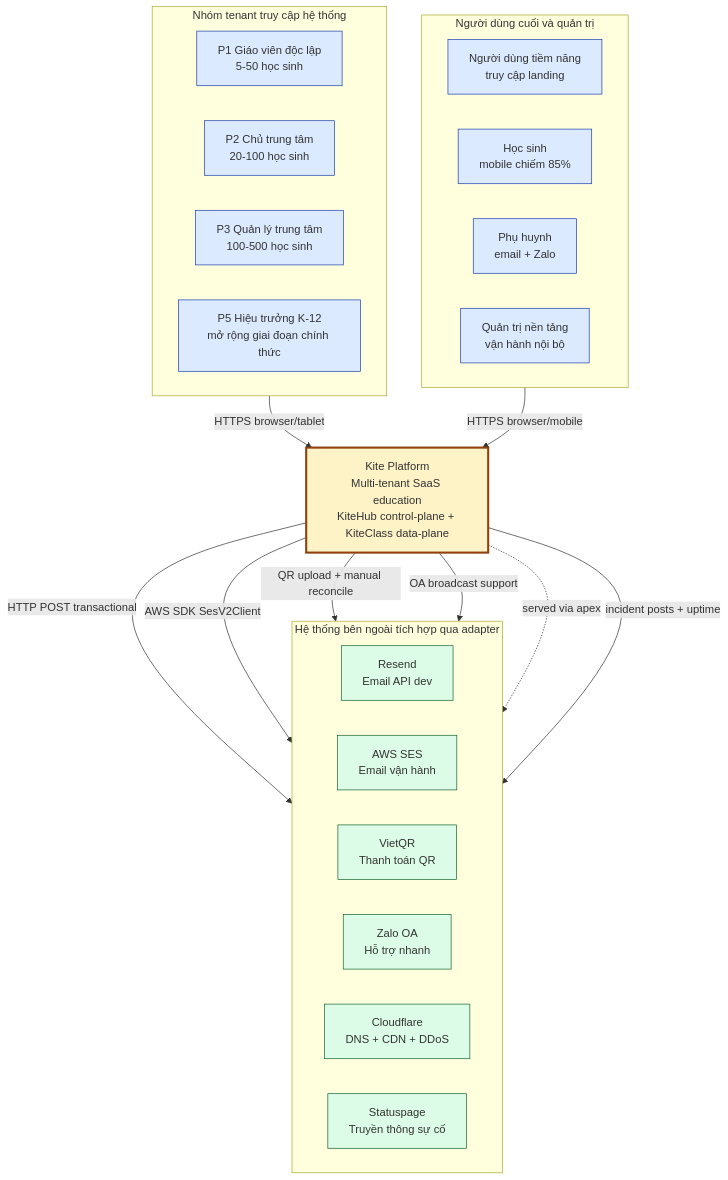
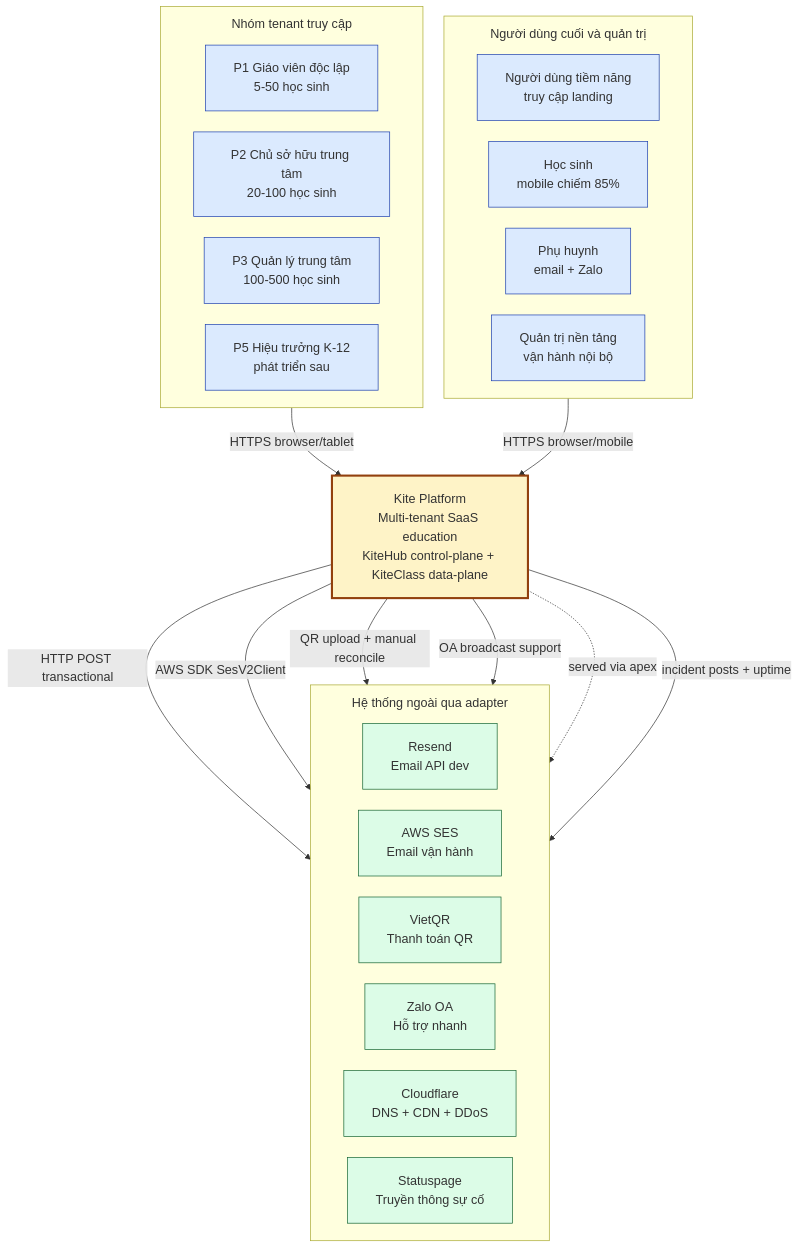
One commit to VictorAurelius/2026-Kite-Class-Platform changed the first of 14 diagrams in documents/08-thesis/chapter-2-system-architecture.md. Above: the diagram before and after it, drawn with Mermaid. The commit also changed other lines of this file and 157 other files, not shown here.

````diff
--- a/documents/08-thesis/chapter-2-system-architecture.md
+++ b/documents/08-thesis/chapter-2-system-architecture.md
@@ -195,47 +198,48 @@
 ```mermaid
+%%{init: {"flowchart": {"htmlLabels": true, "nodeSpacing": 30, "rankSpacing": 70, "padding": 20, "subGraphTitleMargin": {"top": 12, "bottom": 18}}, "themeVariables": {"fontSize": "18px"}}}%%
 flowchart TB
-    subgraph tenants [Nhóm tenant truy cập hệ thống]
+    subgraph tenants [Nhóm tenant truy cập]
         direction LR
         P1[P1 Giáo viên độc lập<br/>5-50 học sinh]
-        P2[P2 Chủ trung tâm<br/>20-100 học sinh]
+        P2[P2 Chủ sở hữu trung tâm<br/>20-100 học sinh]
         P3[P3 Quản lý trung tâm<br/>100-500 học sinh]
-        P5[P5 Hiệu trưởng K-12<br/>mở rộng giai đoạn chính thức]
+        P5[P5 Hiệu trưởng K-12<br/>phát triển sau]
     end
 
     subgraph endusers [Người dùng cuối và quản trị]
         direction LR
         Vy[Người dùng tiềm năng<br/>truy cập landing]
         Student[Học sinh<br/>mobile chiếm 85%]
         Parent[Phụ huynh<br/>email + Zalo]
         Admin[Quản trị nền tảng<br/>vận hành nội bộ]
     end
 
     Kite[Kite Platform<br/>Multi-tenant SaaS education<br/>KiteHub control-plane + KiteClass data-plane]
 
-    subgraph ext [Hệ thống bên ngoài tích hợp qua adapter]
+    subgraph ext [Hệ thống ngoài qua adapter]
         direction LR
         Resend[Resend<br/>Email API dev]
         SES[AWS SES<br/>Email vận hành]
         VietQR[VietQR<br/>Thanh toán QR]
         Zalo[Zalo OA<br/>Hỗ trợ nhanh]
         CF[Cloudflare<br/>DNS + CDN + DDoS]
         Status[Statuspage<br/>Truyền thông sự cố]
     end
 
     tenants -->|HTTPS browser/tablet| Kite
     endusers -->|HTTPS browser/mobile| Kite
 
     Kite -->|HTTP POST transactional| Resend
     Kite -->|AWS SDK SesV2Client| SES
     Kite -->|QR upload + manual reconcile| VietQR
     Kite -->|OA broadcast support| Zalo
     Kite -.->|served via apex| CF
     Kite -->|incident posts + uptime| Status
 
     classDef actor fill:#dbeafe,stroke:#1e40af
     classDef system fill:#fef3c7,stroke:#92400e,stroke-width:3px
     classDef external fill:#dcfce7,stroke:#166534
     class P1,P2,P3,P5,Vy,Admin,Student,Parent actor
     class Kite system
     class Resend,SES,VietQR,Zalo,CF,Status external
 ```
````
